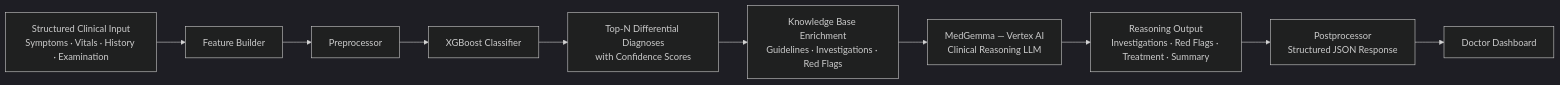
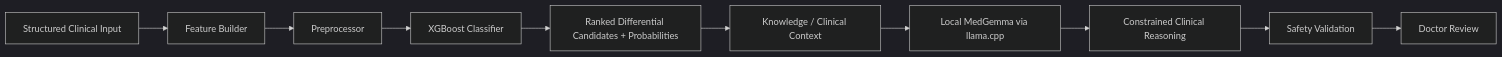
Before and after one commit to harshavardhanmalipeddi1-innovates/MedIntel: the second of 3 diagrams in README.md, drawn with Mermaid (dark theme). The commit also changed other lines of this file, not shown here.

Commit message:
docs: align README with verified local architecture

````diff
--- a/README.md
+++ b/README.md
@@ -139,12 +149,12 @@
 ```mermaid
 flowchart LR
-    A[Structured Clinical Input\nSymptoms · Vitals · History · Examination] --> B[Feature Builder]
+    A[Structured Clinical Input] --> B[Feature Builder]
     B --> C[Preprocessor]
     C --> D[XGBoost Classifier]
-    D --> E[Top-N Differential Diagnoses\nwith Confidence Scores]
-    E --> F[Knowledge Base Enrichment\nGuidelines · Investigations · Red Flags]
-    F --> G[MedGemma — Vertex AI\nClinical Reasoning LLM]
-    G --> H[Reasoning Output\nInvestigations · Red Flags · Treatment · Summary]
-    H --> I[Postprocessor\nStructured JSON Response]
-    I --> J[Doctor Dashboard]
+    D --> E[Ranked Differential Candidates + Probabilities]
+    E --> F[Knowledge / Clinical Context]
+    F --> G[Local MedGemma via llama.cpp]
+    G --> H[Constrained Clinical Reasoning]
+    H --> I[Safety Validation]
+    I --> J[Doctor Review]
 ```
````
